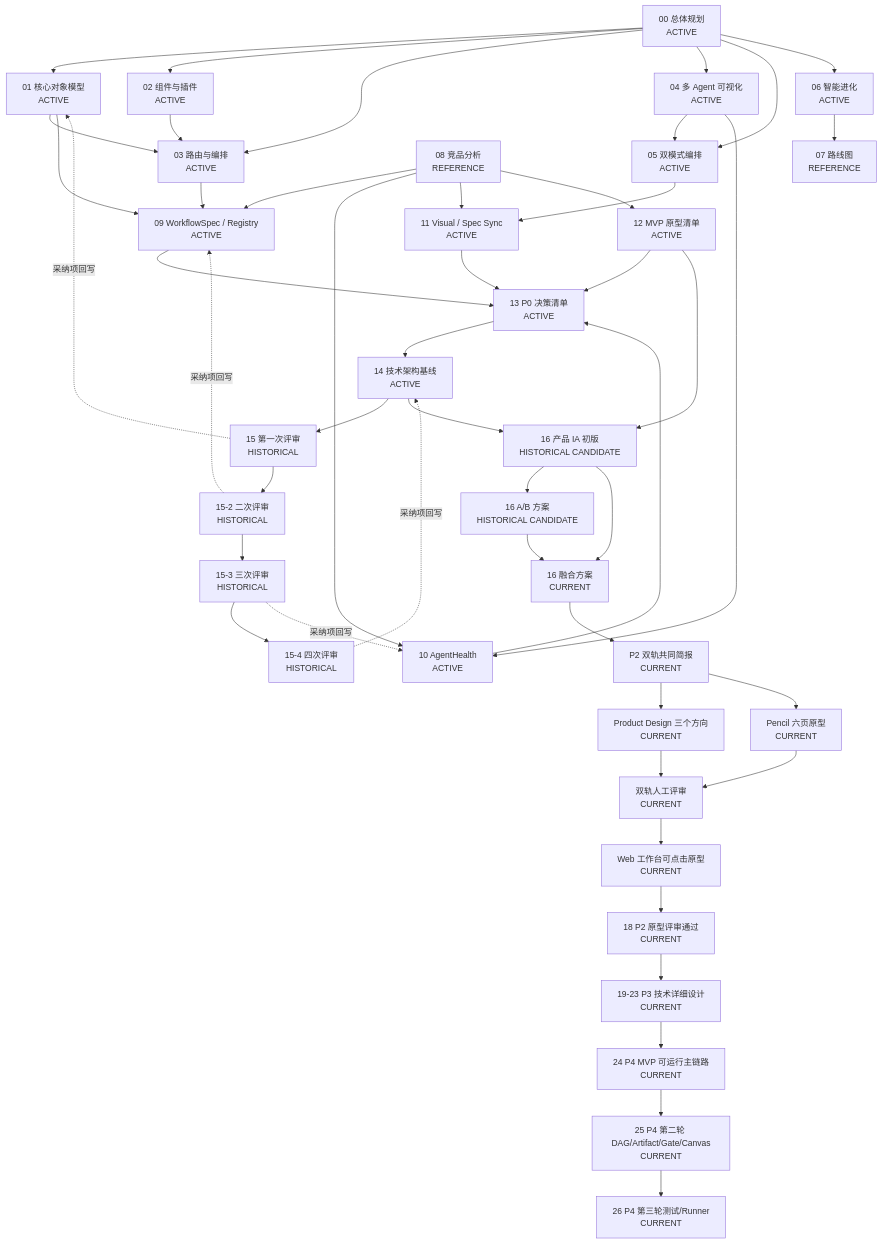
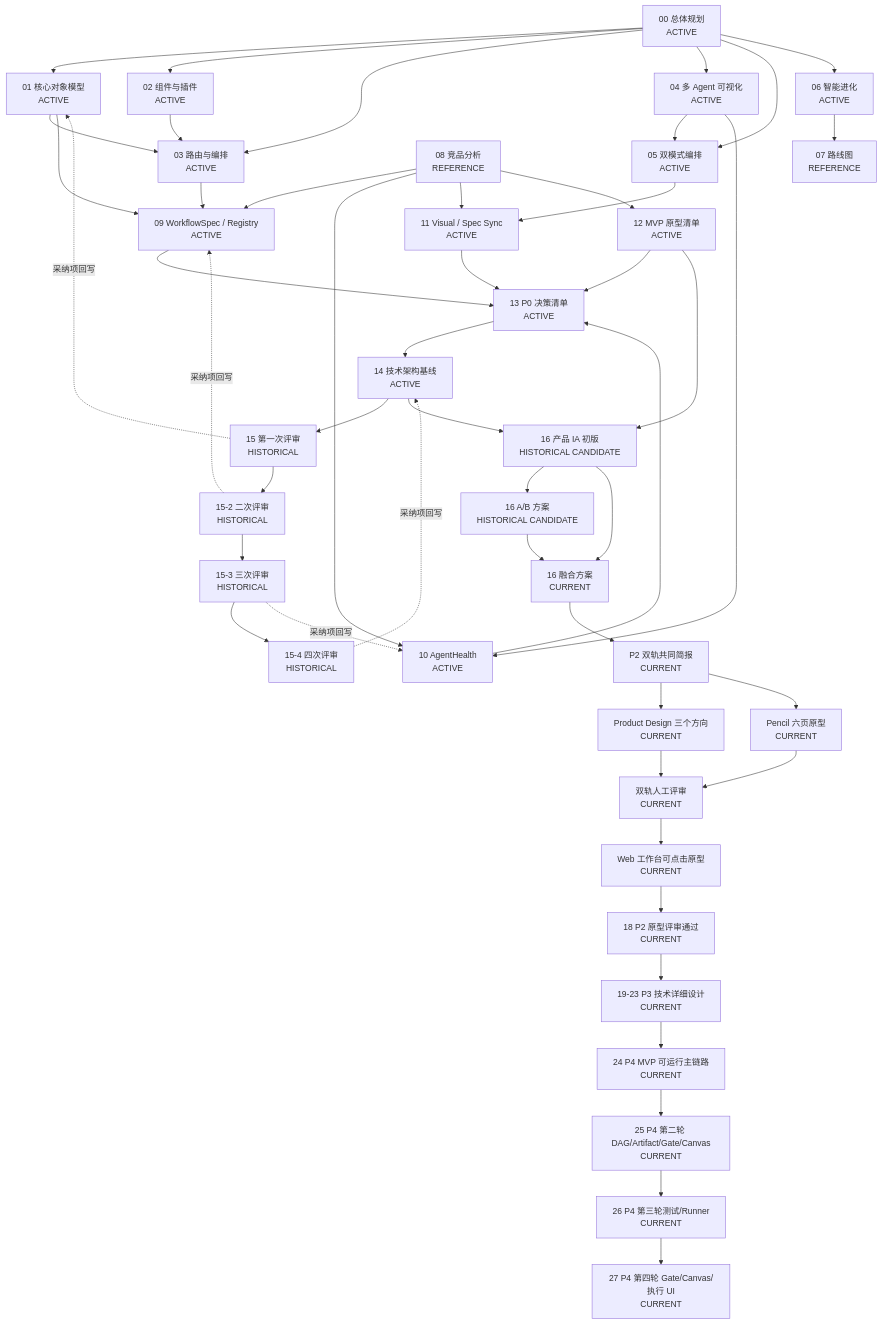
One commit to haozhangyue/miracle-agent changed the diagram in 17_文档资产关联与AI阅读导航.md. Above: the diagram before and after it, drawn with Mermaid. The commit also changed other lines of this file and 15 other files, not shown here.

````diff
--- a/17_文档资产关联与AI阅读导航.md
+++ b/17_文档资产关联与AI阅读导航.md
@@ -78,68 +78,69 @@
 ```mermaid
 flowchart TD
   P00["00 总体规划<br/>ACTIVE"]
   P01["01 核心对象模型<br/>ACTIVE"]
   P02["02 组件与插件<br/>ACTIVE"]
   P03["03 路由与编排<br/>ACTIVE"]
   P04["04 多 Agent 可视化<br/>ACTIVE"]
   P05["05 双模式编排<br/>ACTIVE"]
   P06["06 智能进化<br/>ACTIVE"]
   P07["07 路线图<br/>REFERENCE"]
 
   P00 --> P01
   P00 --> P02
   P00 --> P03
   P00 --> P04
   P00 --> P05
   P00 --> P06
   P01 --> P03
   P02 --> P03
   P04 --> P05
   P06 --> P07
 
   P08["08 竞品分析<br/>REFERENCE"]
   P08 --> P09["09 WorkflowSpec / Registry<br/>ACTIVE"]
   P08 --> P10["10 AgentHealth<br/>ACTIVE"]
   P08 --> P11["11 Visual / Spec Sync<br/>ACTIVE"]
   P08 --> P12["12 MVP 原型清单<br/>ACTIVE"]
 
   P01 --> P09
   P03 --> P09
   P04 --> P10
   P05 --> P11
 
   P09 --> P13["13 P0 决策清单<br/>ACTIVE"]
   P10 --> P13
   P11 --> P13
   P12 --> P13
 
   P13 --> P14["14 技术架构基线<br/>ACTIVE"]
 
   P14 --> R1["15 第一次评审<br/>HISTORICAL"]
   R1 --> R2["15-2 二次评审<br/>HISTORICAL"]
   R2 --> R3["15-3 三次评审<br/>HISTORICAL"]
   R3 --> R4["15-4 四次评审<br/>HISTORICAL"]
 
   R1 -.采纳项回写.-> P01
   R2 -.采纳项回写.-> P09
   R3 -.采纳项回写.-> P10
   R4 -.采纳项回写.-> P14
 
   P14 --> IA1["16 产品 IA 初版<br/>HISTORICAL CANDIDATE"]
   P12 --> IA1
   IA1 --> IAB["16 A/B 方案<br/>HISTORICAL CANDIDATE"]
   IA1 --> IAF["16 融合方案<br/>CURRENT"]
   IAB --> IAF
 
   IAF --> Brief["P2 双轨共同简报<br/>CURRENT"]
   Brief --> PD["Product Design 三个方向<br/>CURRENT"]
   Brief --> Pencil["Pencil 六页原型<br/>CURRENT"]
   PD --> Review["双轨人工评审<br/>CURRENT"]
   Pencil --> Review
   Review --> Fusion["Web 工作台可点击原型<br/>CURRENT"]
   Fusion --> P18["18 P2 原型评审通过<br/>CURRENT"]
   P18 --> P3["19-23 P3 技术详细设计<br/>CURRENT"]
   P3 --> P4["24 P4 MVP 可运行主链路<br/>CURRENT"]
   P4 --> P4B["25 P4 第二轮 DAG/Artifact/Gate/Canvas<br/>CURRENT"]
   P4B --> P4C["26 P4 第三轮测试/Runner<br/>CURRENT"]
+  P4C --> P4D["27 P4 第四轮 Gate/Canvas/执行 UI<br/>CURRENT"]
 ```
````
